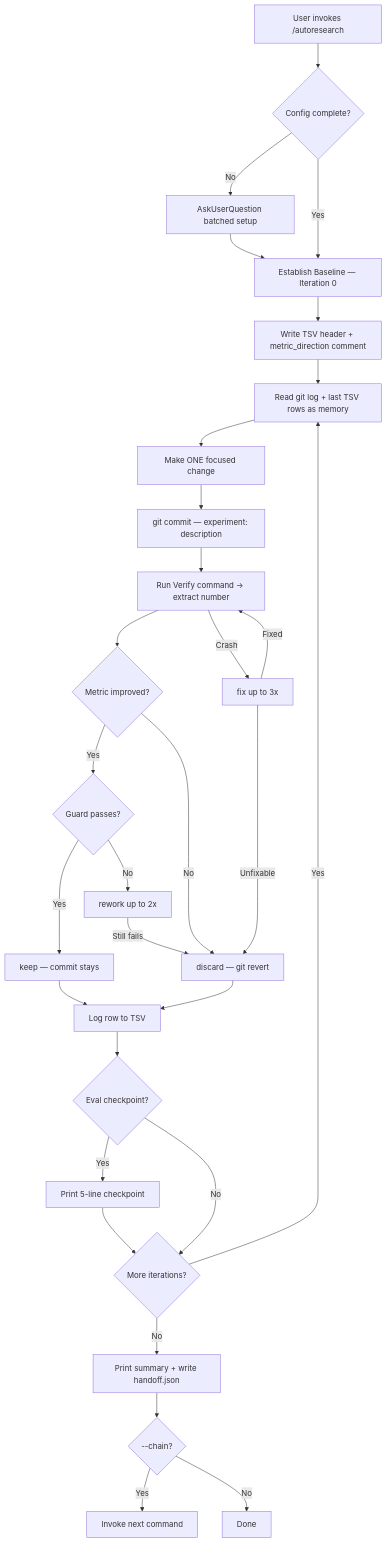
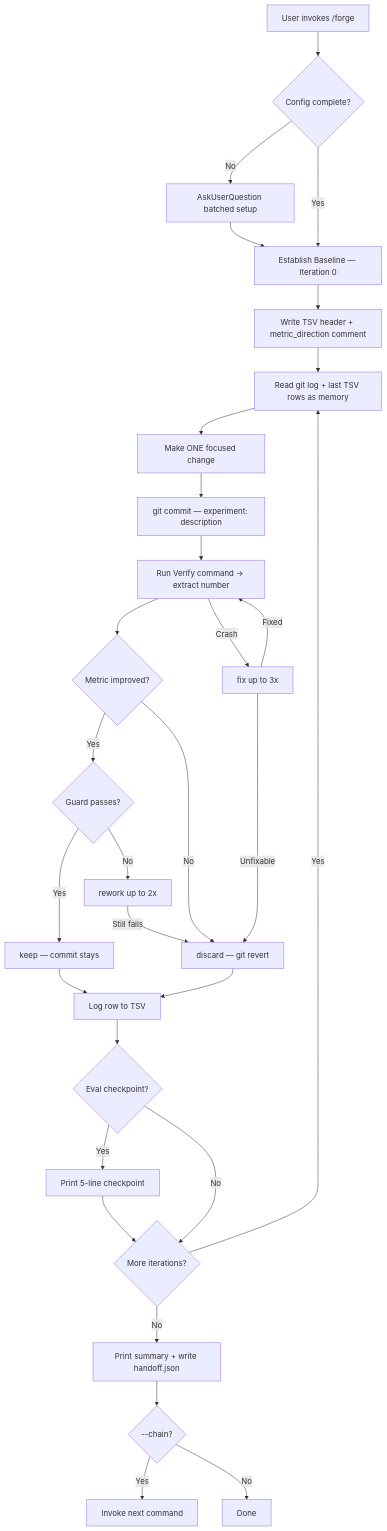
The second of 3 diagrams in docs/system-architecture.md (Jss-on/autoforge), drawn with Mermaid before and after one commit. The commit also changed other lines of this file and 531 other files, not shown here.

````diff
--- a/docs/system-architecture.md
+++ b/docs/system-architecture.md
@@ -55,32 +55,32 @@
 ```mermaid
 flowchart TD
-    A[User invokes /autoresearch] --> B{Config complete?}
+    A[User invokes /forge] --> B{Config complete?}
     B -- No --> C[AskUserQuestion batched setup]
     C --> D[Establish Baseline — Iteration 0]
     B -- Yes --> D
     D --> E[Write TSV header + metric_direction comment]
     E --> F[Read git log + last TSV rows as memory]
     F --> G[Make ONE focused change]
     G --> H[git commit — experiment: description]
     H --> I[Run Verify command → extract number]
     I --> J{Metric improved?}
     J -- Yes --> K{Guard passes?}
     K -- Yes --> L[keep — commit stays]
     K -- No --> M[rework up to 2x]
     M -- Still fails --> N[discard — git revert]
     J -- No --> N
     I -- Crash --> O[fix up to 3x]
     O -- Fixed --> I
     O -- Unfixable --> N
     N --> P[Log row to TSV]
     L --> P
     P --> Q{Eval checkpoint?}
     Q -- Yes --> R[Print 5-line checkpoint]
     Q -- No --> S{More iterations?}
     R --> S
     S -- Yes --> F
     S -- No --> T[Print summary + write handoff.json]
     T --> U{--chain?}
     U -- Yes --> V[Invoke next command]
     U -- No --> W[Done]
 ```
````
